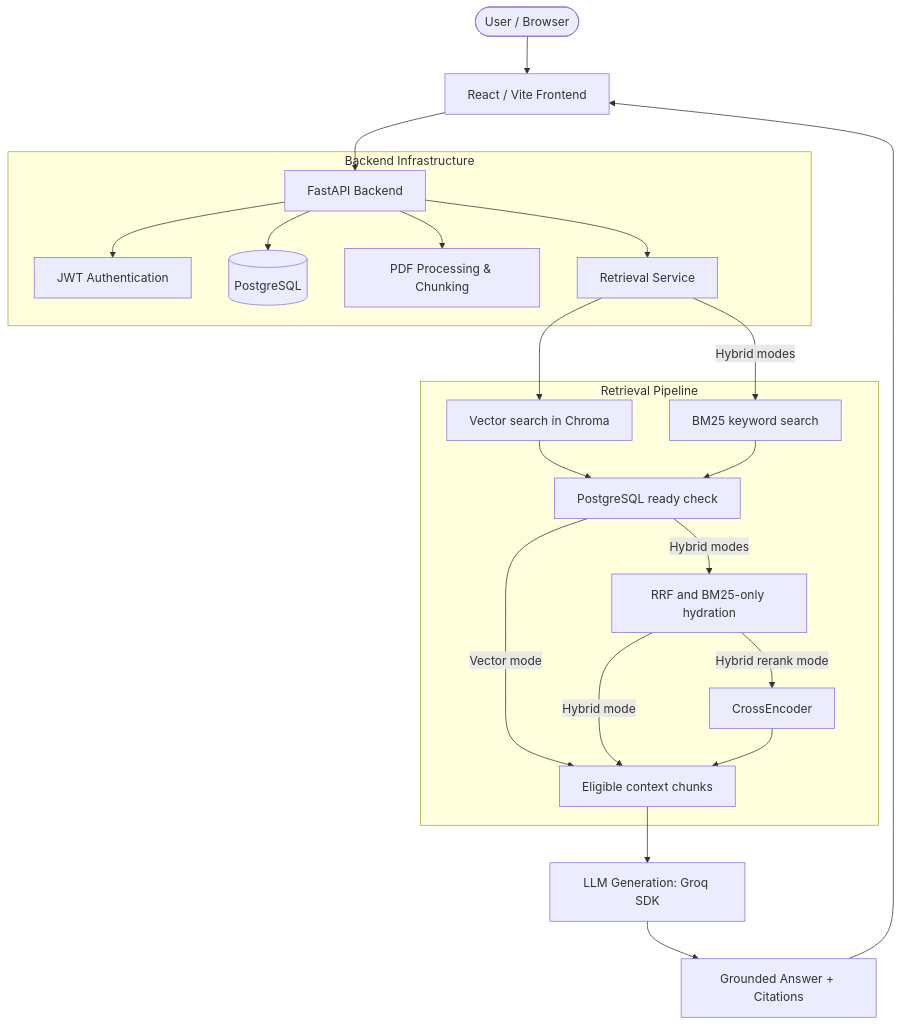
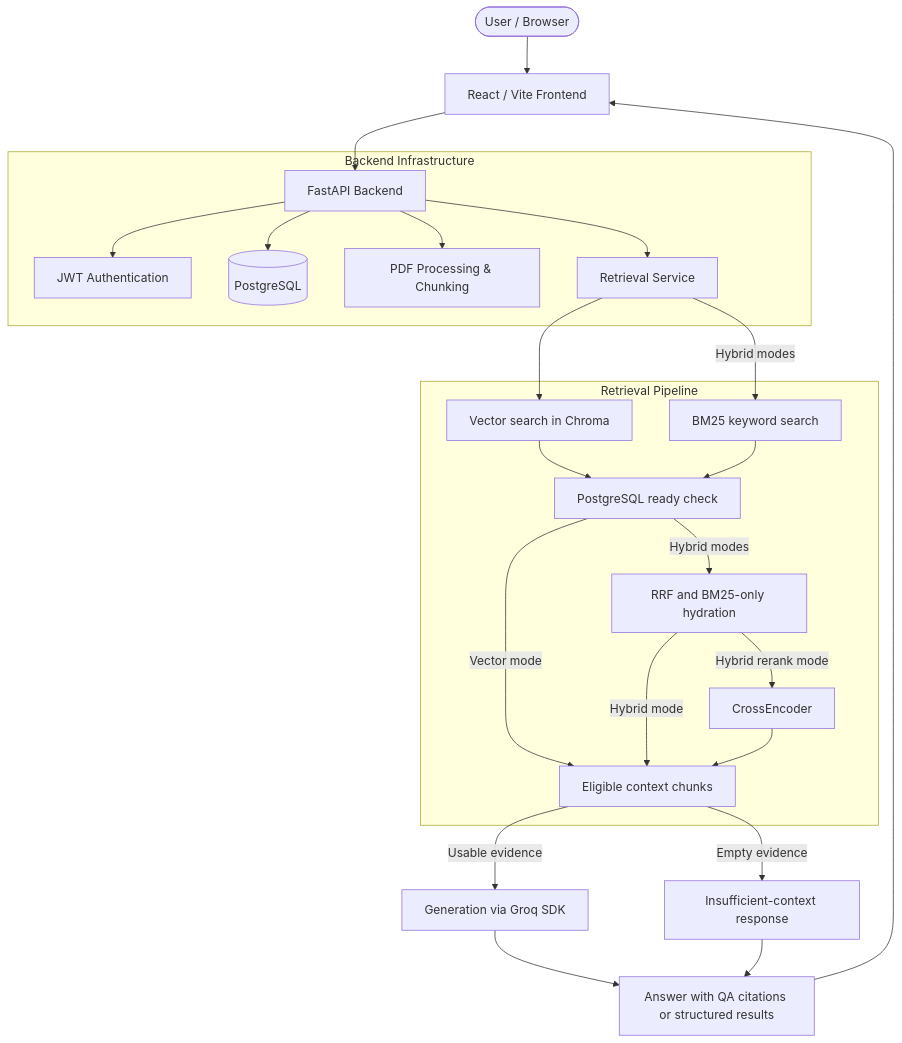
Before and after one commit to supriyaaa15/InCite: the diagram in README.md, drawn with Mermaid. The commit also changed other lines of this file and 11 other files, not shown here.

Commit message:
docs: align public guides with current InCite architecture

````diff
--- a/README.md
+++ b/README.md
@@ -34,28 +35,30 @@
 ```mermaid
 flowchart TD
     User([User / Browser]) --> Frontend[React / Vite Frontend]
     Frontend --> API[FastAPI Backend]
 
     subgraph Backend Infrastructure
         API --> Auth[JWT Authentication]
         API --> DB[(PostgreSQL)]
         API --> Ingest[PDF Processing & Chunking]
         API --> Retrieval[Retrieval Service]
     end
 
     subgraph Retrieval Pipeline
         Retrieval --> Vector[Vector search in Chroma]
         Retrieval -->|Hybrid modes| BM25[BM25 keyword search]
         Vector --> Eligibility[PostgreSQL ready check]
         BM25 --> Eligibility
         Eligibility -->|Vector mode| TopK[Eligible context chunks]
         Eligibility -->|Hybrid modes| Hybrid[RRF and BM25-only hydration]
         Hybrid -->|Hybrid mode| TopK
         Hybrid -->|Hybrid rerank mode| Rerank[CrossEncoder]
         Rerank --> TopK
     end
 
-    TopK --> LLM[LLM Generation: Groq SDK]
-    LLM --> Response[Grounded Answer + Citations]
+    TopK -->|Usable evidence| LLM["Generation via Groq SDK"]
+    TopK -->|Empty evidence| Refusal["Insufficient-context response"]
+    LLM --> Response["Answer with QA citations or structured results"]
+    Refusal --> Response
     Response --> Frontend
 ```
````
